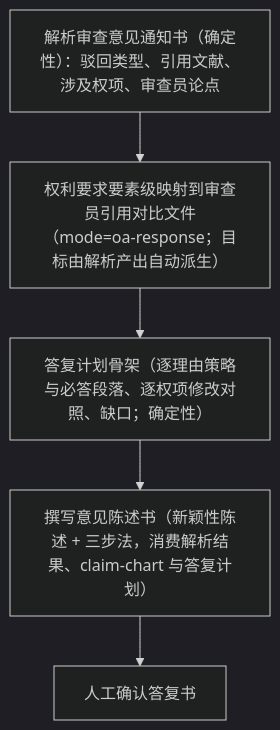
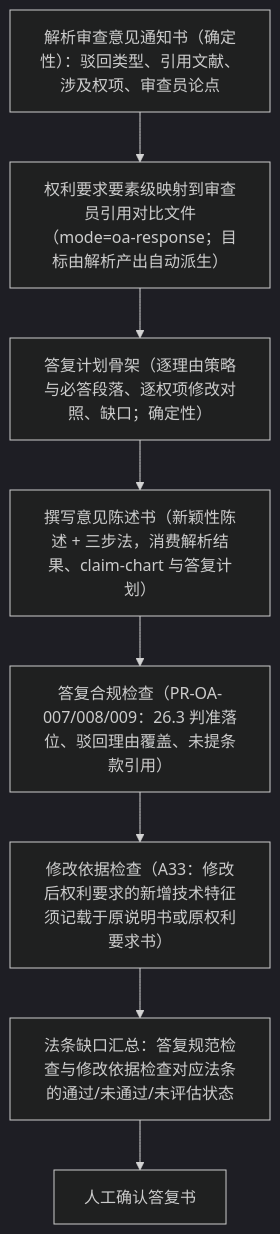
Before and after one commit to xujian519/deepseek-harness: the diagram in snapshots/session/patent-oa-response/workspace.expected/data/cases/CN2024-0001/workflow-runs/CN2024-0001__patent_oa_response_v1.mmd, drawn with Mermaid (dark theme). The commit also changed 115 other files, not shown here.

```diff
--- a/snapshots/session/patent-oa-response/workspace.expected/data/cases/CN2024-0001/workflow-runs/CN2024-0001__patent_oa_response_v1.mmd
+++ b/snapshots/session/patent-oa-response/workspace.expected/data/cases/CN2024-0001/workflow-runs/CN2024-0001__patent_oa_response_v1.mmd
@@ -1,10 +1,16 @@
 flowchart TD
   parse["解析审查意见通知书（确定性）：驳回类型、引用文献、涉及权项、审查员论点"]
   claim-chart["权利要求要素级映射到审查员引用对比文件（mode=oa-response；目标由解析产出自动派生）"]
   response-plan["答复计划骨架（逐理由策略与必答段落、逐权项修改对照、缺口；确定性）"]
   draft["撰写意见陈述书（新颖性陈述 + 三步法，消费解析结果、claim-chart 与答复计划）"]
+  response_check["答复合规检查（PR-OA-007/008/009：26.3 判准落位、驳回理由覆盖、未提条款引用）"]
+  amendment_basis["修改依据检查（A33：修改后权利要求的新增技术特征须记载于原说明书或原权利要求书）"]
+  legal_gaps["法条缺口汇总：答复规范检查与修改依据检查对应法条的通过/未通过/未评估状态"]
   approval["人工确认答复书"]
   parse --> claim-chart
   claim-chart --> response-plan
   response-plan --> draft
-  draft --> approval
+  draft --> response_check
+  response_check --> amendment_basis
+  amendment_basis --> legal_gaps
+  legal_gaps --> approval
```
